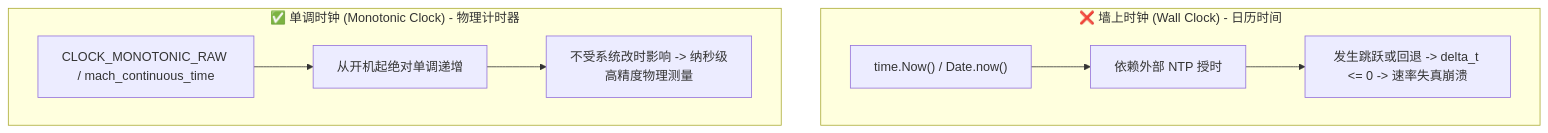
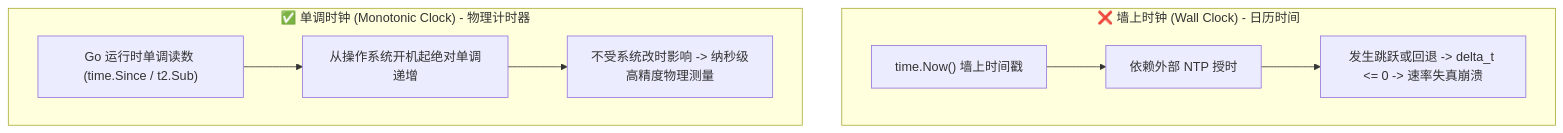
The second of 6 diagrams in content/posts/speedtest-go-deep-dive-whitepaper.md (MoreConsequence/MoreConsequence.github.io), drawn with Mermaid before and after one commit. The commit also changed other lines of this file, not shown here.

````diff
--- a/content/posts/speedtest-go-deep-dive-whitepaper.md
+++ b/content/posts/speedtest-go-deep-dive-whitepaper.md
@@ -52,12 +52,12 @@
 ```mermaid
 flowchart TD
     subgraph WallClock["❌ 墙上时钟 (Wall Clock) - 日历时间"]
-        W1["time.Now() / Date.now()"] --> W2["依赖外部 NTP 授时"]
+        W1["time.Now() 墙上时间戳"] --> W2["依赖外部 NTP 授时"]
         W2 --> W3["发生跳跃或回退 -> delta_t <= 0 -> 速率失真崩溃"]
     end
 
     subgraph MonoClock["✅ 单调时钟 (Monotonic Clock) - 物理计时器"]
-        M1["CLOCK_MONOTONIC_RAW / mach_continuous_time"] --> M2["从开机起绝对单调递增"]
+        M1["Go 运行时单调读数 (time.Since / t2.Sub)"] --> M2["从操作系统开机起绝对单调递增"]
         M2 --> M3["不受系统改时影响 -> 纳秒级高精度物理测量"]
     end
 ```
````
